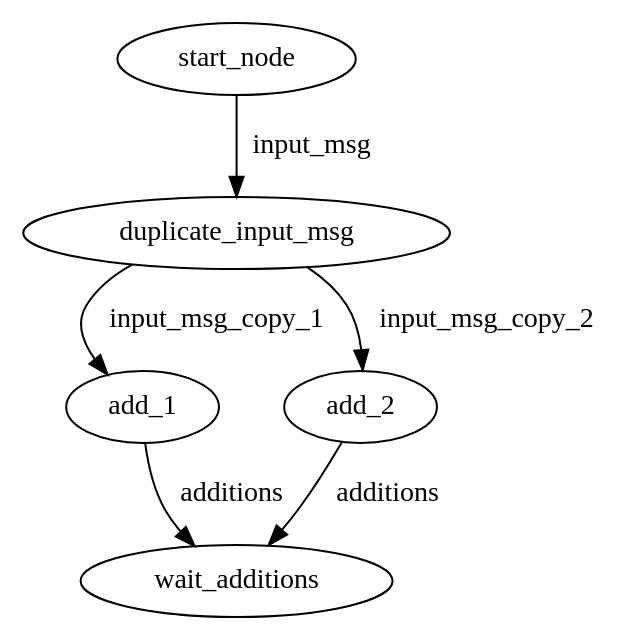
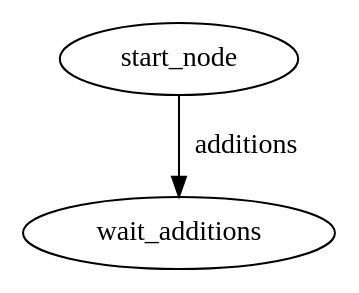
One commit to qwfy/dge changed the diagram in dge-example/src/generated/graph.dot. Above: the diagram before and after it, drawn with Graphviz. The commit also changed 18 other files, not shown here.

```diff
--- a/dge-example/src/generated/graph.dot
+++ b/dge-example/src/generated/graph.dot
@@ -1,12 +1,5 @@
 digraph {
     0 [ label = "start_node" ]
-    1 [ label = "duplicate_input_msg" ]
-    2 [ label = "add_1" ]
-    3 [ label = "add_2" ]
-    4 [ label = "wait_additions" ]
-    0 -> 1 [ label = "input_msg" ]
-    1 -> 2 [ label = "input_msg_copy_1" ]
-    1 -> 3 [ label = "input_msg_copy_2" ]
-    2 -> 4 [ label = "additions" ]
-    3 -> 4 [ label = "additions" ]
+    1 [ label = "wait_additions" ]
+    0 -> 1 [ label = "additions" ]
 }
```
